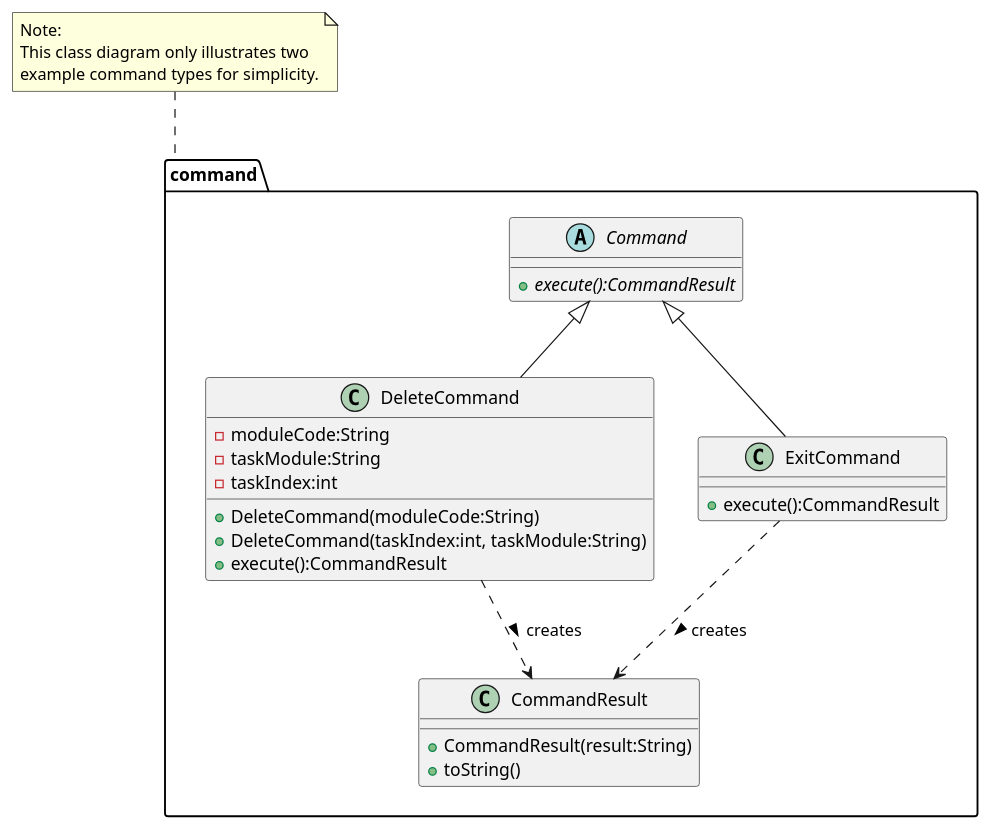
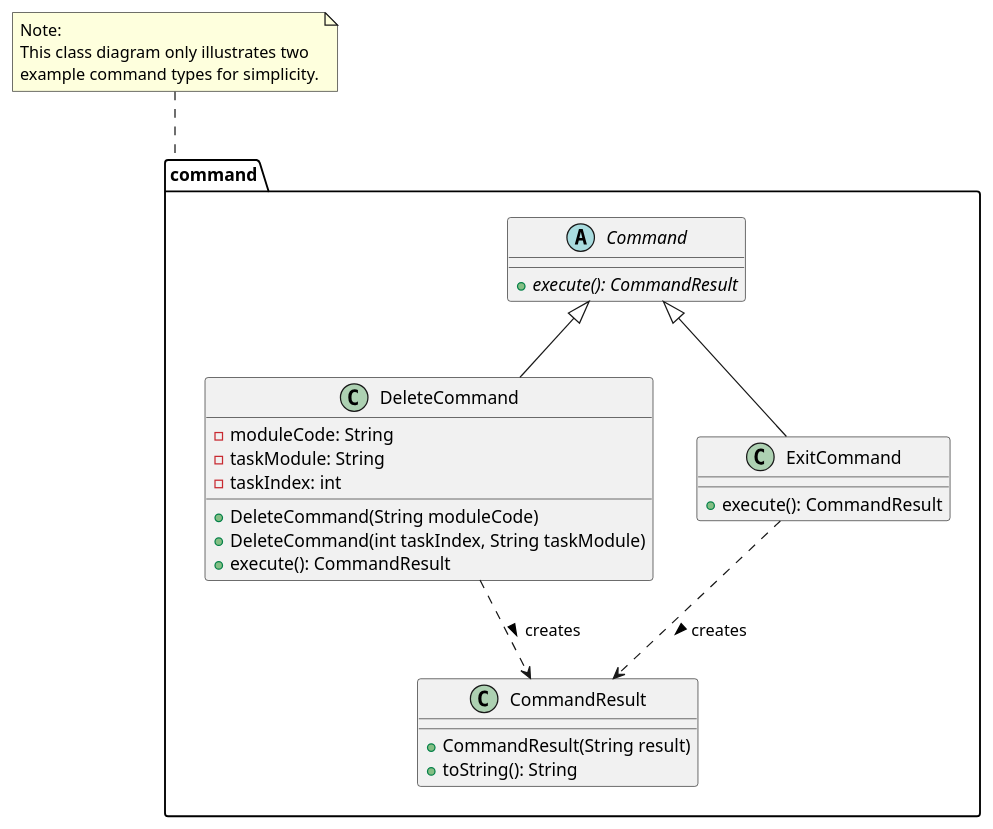
Before and after one commit to nus-cs2113-AY2122S2/tp: the diagram in docs/CommandClassDiagram.puml, drawn with PlantUML. The commit also changed 7 other files, not shown here.

Commit message:
Fix GPACommand bug, update UML diagrams

```diff
--- a/docs/CommandClassDiagram.puml
+++ b/docs/CommandClassDiagram.puml
@@ -1,41 +1,41 @@
 @startuml
 'https://plantuml.com/class-diagram
 package command {
     abstract class Command
     class DeleteCommand
 
     Command <|-- DeleteCommand
     Command <|-- ExitCommand
     DeleteCommand ..> CommandResult :creates >
     ExitCommand ..> CommandResult :creates >
 
     abstract class Command {
-        +execute():CommandResult {abstract}
+        +execute(): CommandResult {abstract}
     }
 
     class DeleteCommand {
-    -moduleCode:String
-    -taskModule:String
-    -taskIndex:int
-    +DeleteCommand(moduleCode:String)
-    +DeleteCommand(taskIndex:int, taskModule:String)
-    +execute():CommandResult
+    -moduleCode: String
+    -taskModule: String
+    -taskIndex: int
+    +DeleteCommand(String moduleCode)
+    +DeleteCommand(int taskIndex, String taskModule)
+    +execute(): CommandResult
     }
 
     class ExitCommand {
-    +execute():CommandResult
+    +execute(): CommandResult
     }
 
     class CommandResult {
-    +CommandResult(result:String)
-    +toString()
+    +CommandResult(String result)
+    +toString(): String
     }
 }
 
 note top of command
 Note:
 This class diagram only illustrates two
 example command types for simplicity.
 end note
 
 @enduml
```
